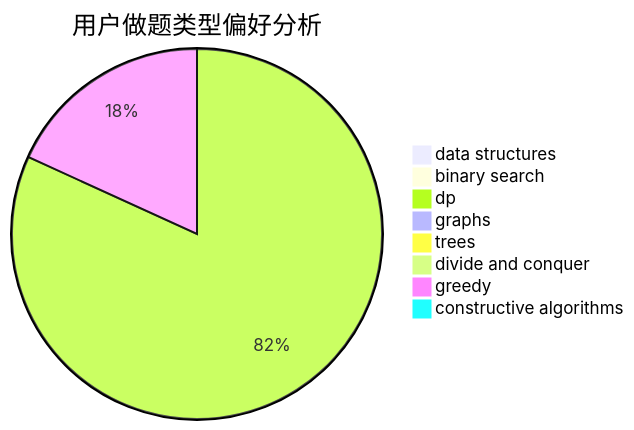
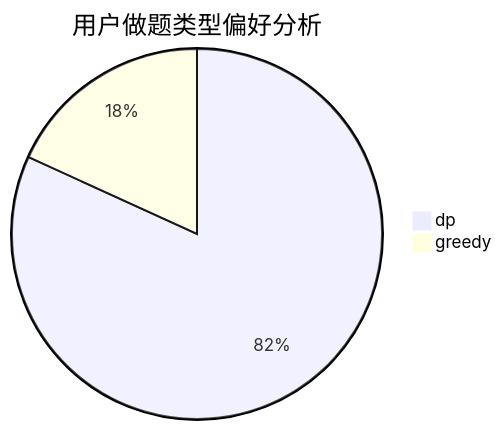
One commit to sherpahu/cfrs.github.io changed the second of 3 diagrams in docs/user/u2098.md. Above: the diagram before and after it, drawn with Mermaid. The commit also changed other lines of this file and 2770 other files, not shown here.

````diff
--- a/docs/user/u2098.md
+++ b/docs/user/u2098.md
@@ -18,11 +15,5 @@
 ```mermaid
 pie title 用户做题类型偏好分析
-    "data structures" :  0
-    "binary search" :  0
     "dp" :  9
-    "graphs" :  0
-    "trees" :  0
-    "divide and conquer" :  0
     "greedy" :  2
-    "constructive algorithms" :  0
 ```
````
